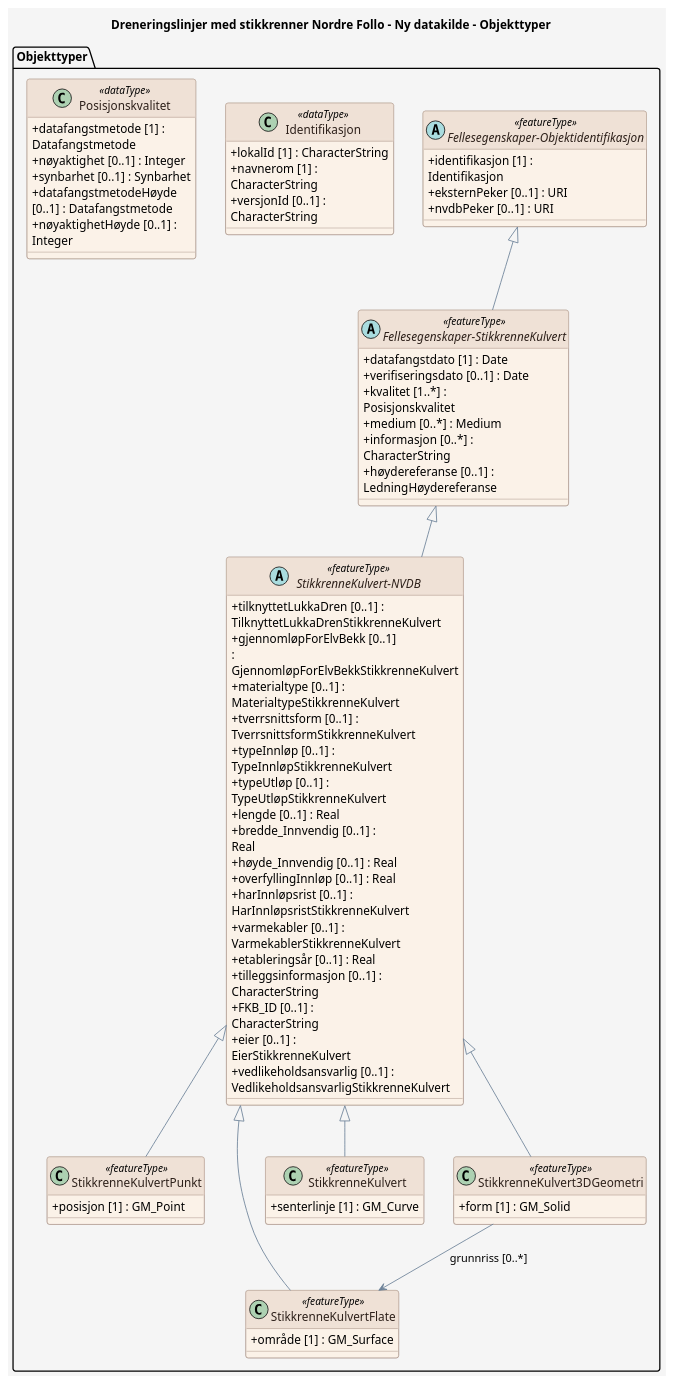
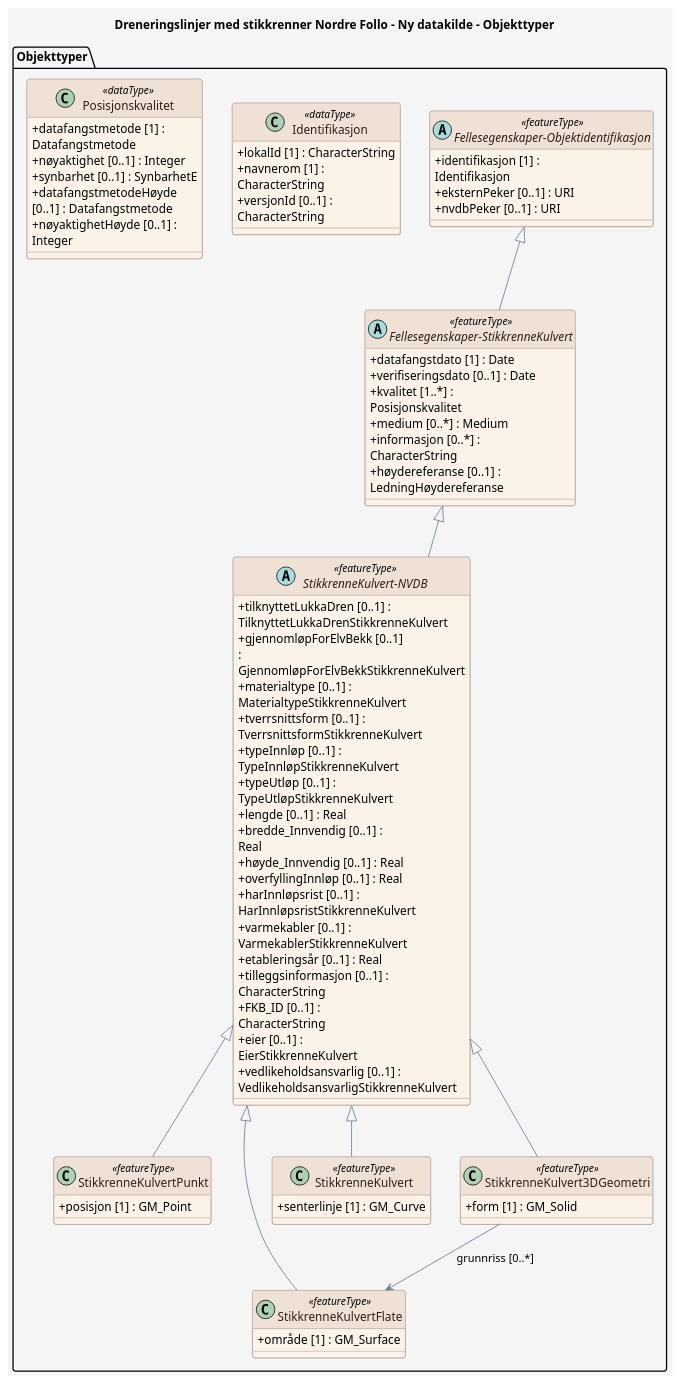
The diagram in produktspesifikasjon/dreneringslinjer-med-stikkrenner-nordre-follo/ny-datakilde/ny-datakilde_feature_catalogue.puml (KentJonsrud/produktspesifikasjon_sommer), drawn with PlantUML before and after one commit. The commit also changed 42 other files, not shown here.

```diff
--- a/produktspesifikasjon/dreneringslinjer-med-stikkrenner-nordre-follo/ny-datakilde/ny-datakilde_feature_catalogue.puml
+++ b/produktspesifikasjon/dreneringslinjer-med-stikkrenner-nordre-follo/ny-datakilde/ny-datakilde_feature_catalogue.puml
@@ -1,107 +1,107 @@
 @startuml
 ' For wide diagrams, render with: plantuml -DPLANTUML_LIMIT_SIZE=16384 ...
 ' The 'scale max' directive below caps the rendered output to prevent the
 ' default PlantUML 4096px size limit from cropping the diagram.
 scale max 4000*4000
 
 title Dreneringslinjer med stikkrenner Nordre Follo - Ny datakilde - Objekttyper
 
 skinparam backgroundColor #F5F5F5
 skinparam shadowing false
 skinparam RoundCorner 6
 skinparam ArrowColor #6C8198
 skinparam wrapWidth 200
 skinparam class {
   BackgroundColor #FBF2E8
   BorderColor #9C8578
   FontColor #2D201A
   HeaderBackgroundColor #EFE1D6
   HeaderFontColor #2D201A
   AttributeIconSize 0
 }
 skinparam note {
   BackgroundColor #FFFFFF
   BorderColor #6C8198
   FontColor #2D201A
 }
 skinparam stereotypeCBackgroundColor #EAD9CE
 skinparam stereotypeCBorderColor #9C8578
 skinparam stereotypeCFontColor #2D201A
 
 package "Objekttyper" {
 
   class StikkrenneKulvertPunkt <<featureType>> {
     + posisjon [1] : GM_Point
   }
 
   class StikkrenneKulvertFlate <<featureType>> {
     + område [1] : GM_Surface
   }
 
   class StikkrenneKulvert <<featureType>> {
     + senterlinje [1] : GM_Curve
   }
 
   class StikkrenneKulvert3DGeometri <<featureType>> {
     + form [1] : GM_Solid
   }
 
   abstract class "Fellesegenskaper-Objektidentifikasjon" as Fellesegenskaper_Objektidentifikasjon <<featureType>> {
     + identifikasjon [1] : Identifikasjon
     + eksternPeker [0..1] : URI
     + nvdbPeker [0..1] : URI
   }
 
   abstract class "Fellesegenskaper-StikkrenneKulvert" as Fellesegenskaper_StikkrenneKulvert <<featureType>> {
     + datafangstdato [1] : Date
     + verifiseringsdato [0..1] : Date
     + kvalitet [1..*] : Posisjonskvalitet
     + medium [0..*] : Medium
     + informasjon [0..*] : CharacterString
     + høydereferanse [0..1] : LedningHøydereferanse
   }
 
   abstract class "StikkrenneKulvert-NVDB" as StikkrenneKulvert_NVDB <<featureType>> {
     + tilknyttetLukkaDren [0..1] : TilknyttetLukkaDrenStikkrenneKulvert
     + gjennomløpForElvBekk [0..1] : GjennomløpForElvBekkStikkrenneKulvert
     + materialtype [0..1] : MaterialtypeStikkrenneKulvert
     + tverrsnittsform [0..1] : TverrsnittsformStikkrenneKulvert
     + typeInnløp [0..1] : TypeInnløpStikkrenneKulvert
     + typeUtløp [0..1] : TypeUtløpStikkrenneKulvert
     + lengde [0..1] : Real
     + bredde_Innvendig [0..1] : Real
     + høyde_Innvendig [0..1] : Real
     + overfyllingInnløp [0..1] : Real
     + harInnløpsrist [0..1] : HarInnløpsristStikkrenneKulvert
     + varmekabler [0..1] : VarmekablerStikkrenneKulvert
     + etableringsår [0..1] : Real
     + tilleggsinformasjon [0..1] : CharacterString
     + FKB_ID [0..1] : CharacterString
     + eier [0..1] : EierStikkrenneKulvert
     + vedlikeholdsansvarlig [0..1] : VedlikeholdsansvarligStikkrenneKulvert
   }
 
   class Identifikasjon <<dataType>> {
     + lokalId [1] : CharacterString
     + navnerom [1] : CharacterString
     + versjonId [0..1] : CharacterString
   }
 
   class Posisjonskvalitet <<dataType>> {
     + datafangstmetode [1] : Datafangstmetode
     + nøyaktighet [0..1] : Integer
-    + synbarhet [0..1] : Synbarhet
+    + synbarhet [0..1] : SynbarhetE
     + datafangstmetodeHøyde [0..1] : Datafangstmetode
     + nøyaktighetHøyde [0..1] : Integer
   }
 }
 
   StikkrenneKulvert_NVDB <|-- StikkrenneKulvertPunkt
   StikkrenneKulvert_NVDB <|-- StikkrenneKulvertFlate
   StikkrenneKulvert_NVDB <|-- StikkrenneKulvert
   StikkrenneKulvert_NVDB <|-- StikkrenneKulvert3DGeometri
   StikkrenneKulvert3DGeometri --> StikkrenneKulvertFlate : grunnriss [0..*]
   Fellesegenskaper_Objektidentifikasjon <|-- Fellesegenskaper_StikkrenneKulvert
   Fellesegenskaper_StikkrenneKulvert <|-- StikkrenneKulvert_NVDB
 
 @enduml
```
